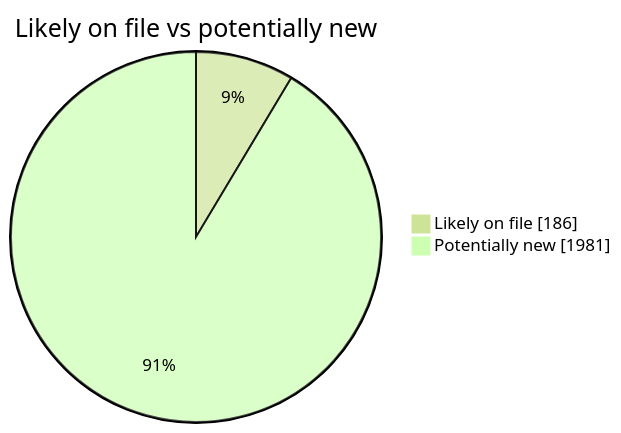
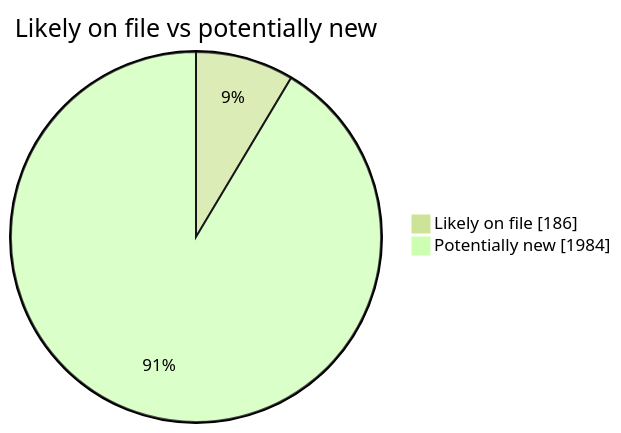
Before and after one commit to martinbalfanz/social-scanner-reports: the second of 4 diagrams in README.md, drawn with Mermaid (forest theme). The commit also changed other lines of this file and 4 other files, not shown here.

````diff
--- a/README.md
+++ b/README.md
@@ -40,5 +40,5 @@
 ```mermaid
 pie showData title Likely on file vs potentially new
     "Likely on file" : 186
-    "Potentially new" : 1981
+    "Potentially new" : 1984
 ```
````
